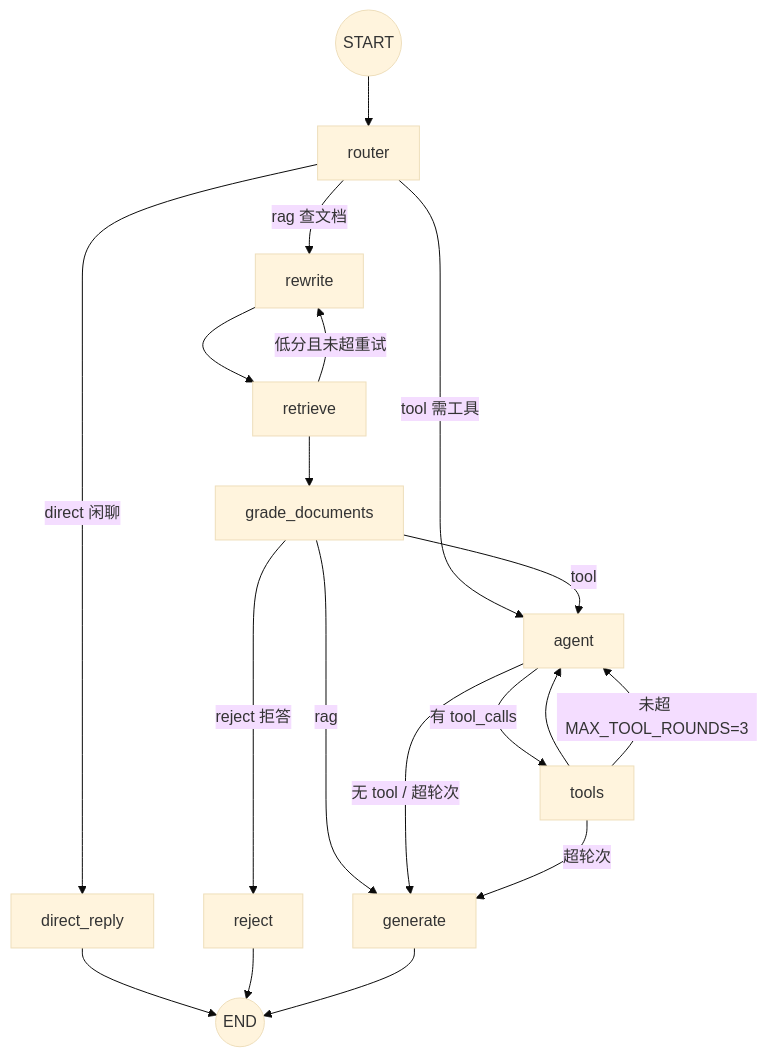
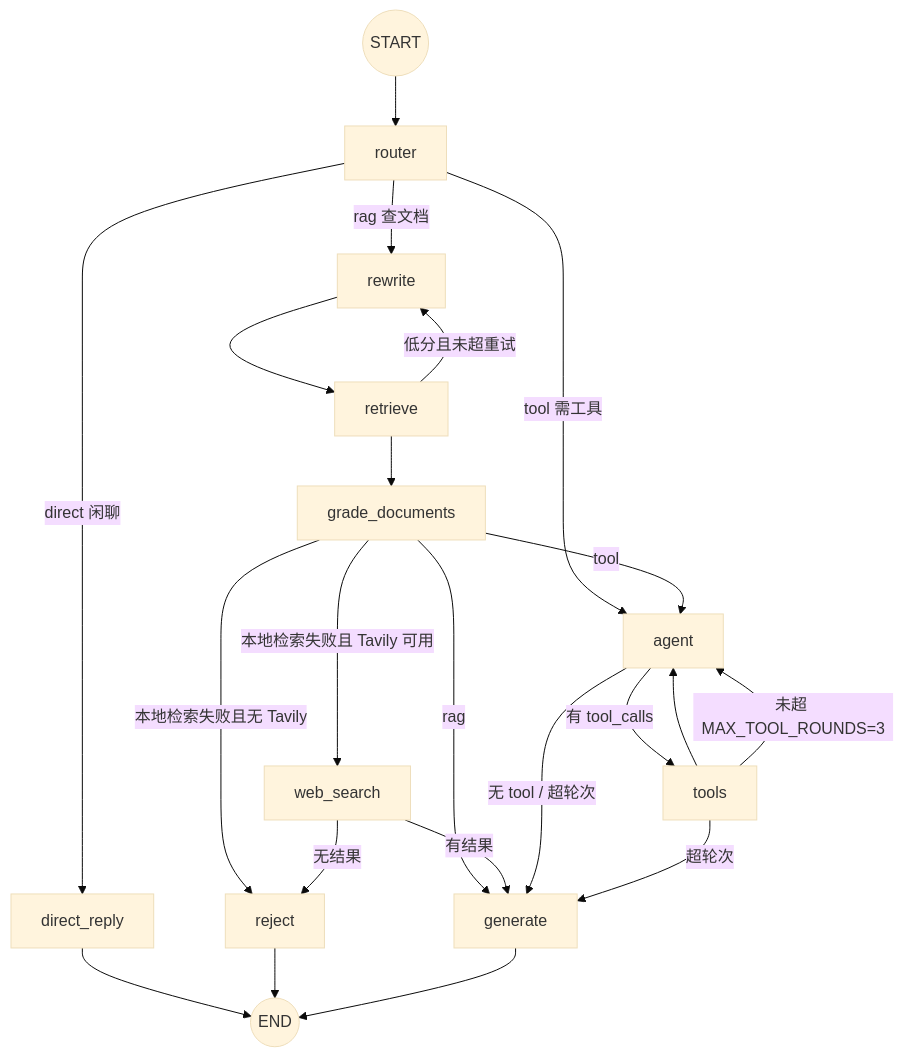
The third of 6 diagrams in agent-rag/docs/architecture.md (HonlinRen/agent-platform), drawn with Mermaid (base theme) before and after one commit. The commit also changed other lines of this file and 38 other files, not shown here.

````diff
--- a/agent-rag/docs/architecture.md
+++ b/agent-rag/docs/architecture.md
@@ -164,21 +165,25 @@
 ```mermaid
 flowchart TD
     START((START)) --> router
 
     router -->|direct 闲聊| direct_reply --> END((END))
     router -->|rag 查文档| rewrite
     router -->|tool 需工具| agent
 
     rewrite --> retrieve
     retrieve -->|低分且未超重试| rewrite
     retrieve --> grade_documents
 
-    grade_documents -->|reject 拒答| reject --> END
+    grade_documents -->|本地检索失败且 Tavily 可用| web_search
+    grade_documents -->|本地检索失败且无 Tavily| reject --> END
     grade_documents -->|rag| generate --> END
     grade_documents -->|tool| agent
+
+    web_search -->|有结果| generate
+    web_search -->|无结果| reject
 
     agent -->|有 tool_calls| tools --> agent
     agent -->|无 tool / 超轮次| generate
     tools -->|未超 MAX_TOOL_ROUNDS=3| agent
     tools -->|超轮次| generate
 ```
````
